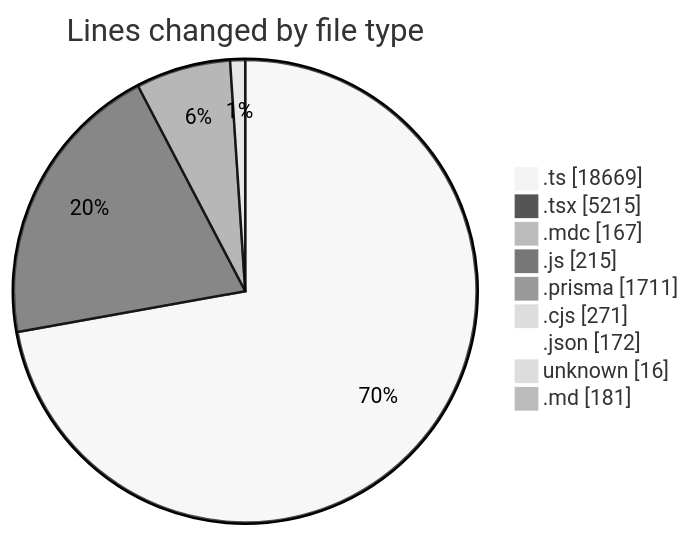
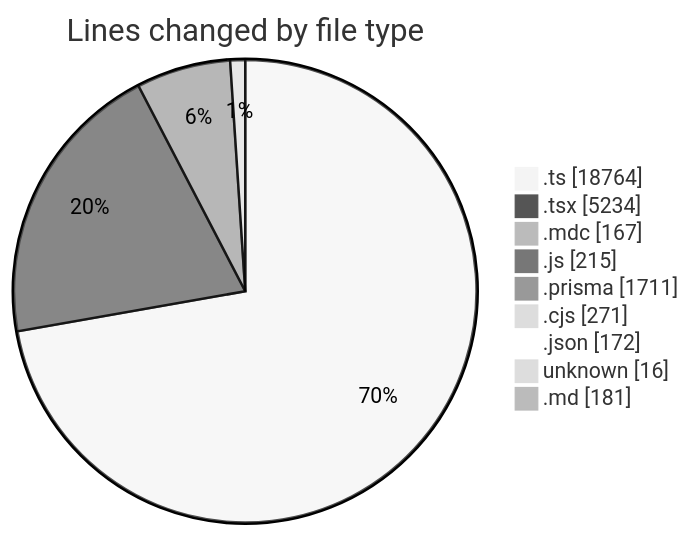
The first of 2 diagrams in 2025-06-06/ecodeli-1/README.md (CELIANVF/code-tracking), drawn with Mermaid (neutral theme) before and after one commit. The commit also changed other lines of this file and 1 other file, not shown here.

````diff
--- a/2025-06-06/ecodeli-1/README.md
+++ b/2025-06-06/ecodeli-1/README.md
@@ -98,13 +98,13 @@
 ```mermaid
 pie showData
 title Lines changed by file type
-".ts" : 18669
-".tsx" : 5215
+".ts" : 18764
+".tsx" : 5234
 ".mdc" : 167
 ".js" : 215
 ".prisma" : 1711
 ".cjs" : 271
 ".json" : 172
 "unknown" : 16
 ".md" : 181
 ```
````
